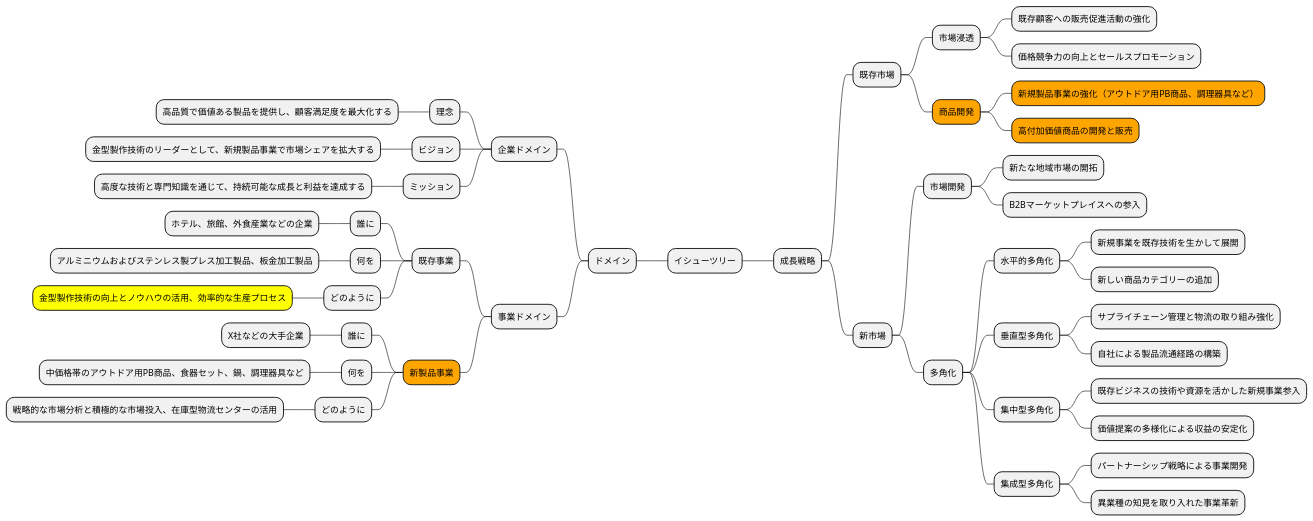
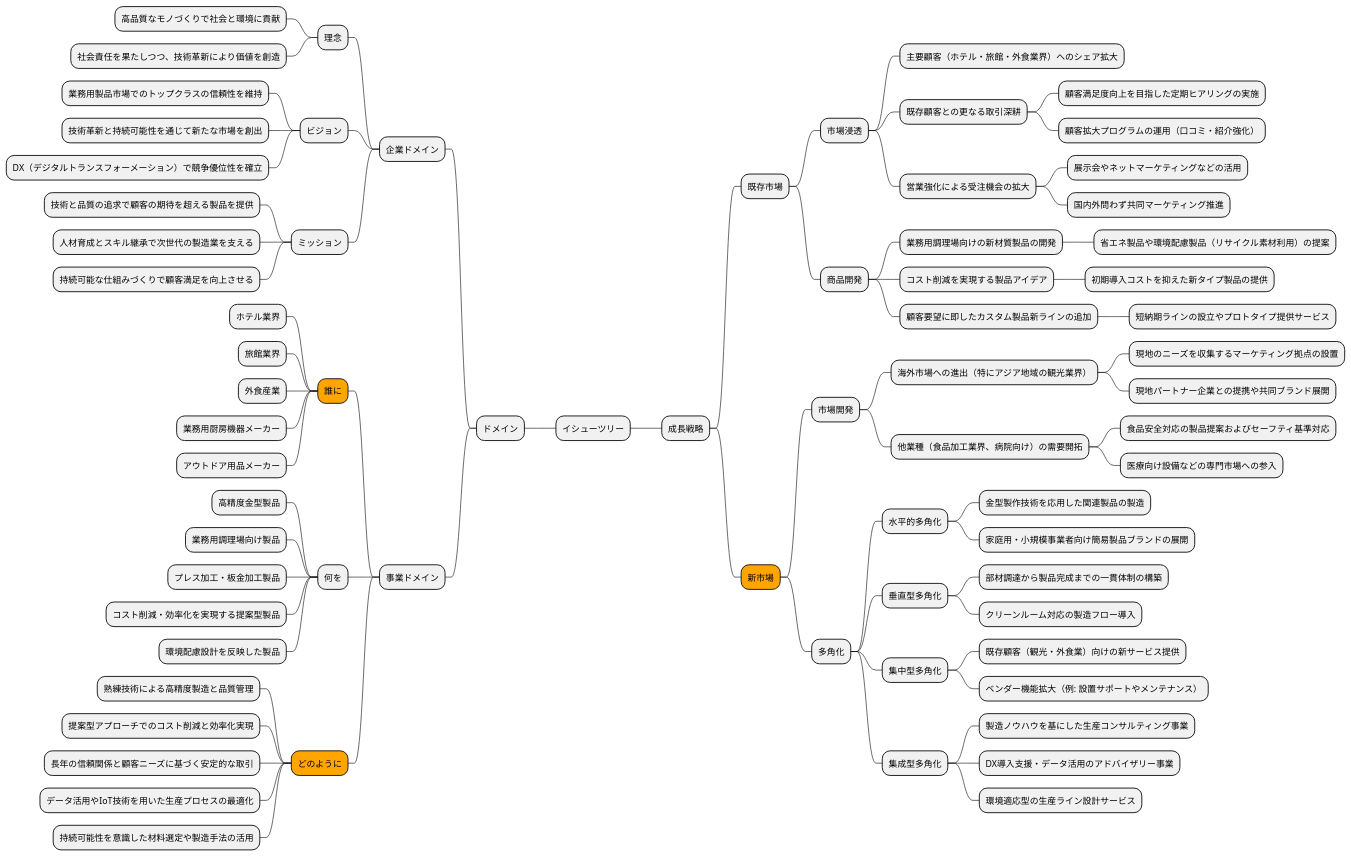
One commit to k2works/case-study-business-analysis changed the seventh of 19 diagrams in docs/case/r04_case_3.adoc. Above: the diagram before and after it, drawn with PlantUML. The commit also changed other lines of this file, not shown here.

```diff
--- a/docs/case/r04_case_3.adoc
+++ b/docs/case/r04_case_3.adoc
@@ -280,58 +329,81 @@
 [plantuml]
 ----
 @startmindmap
 
 * イシューツリー
 left side
 ** ドメイン
 *** 企業ドメイン
 **** 理念
-***** 高品質で価値ある製品を提供し、顧客満足度を最大化する
+***** 高品質なモノづくりで社会と環境に貢献
+***** 社会責任を果たしつつ、技術革新により価値を創造
 **** ビジョン
-***** 金型製作技術のリーダーとして、新規製品事業で市場シェアを拡大する
+***** 業務用製品市場でのトップクラスの信頼性を維持
+***** 技術革新と持続可能性を通じて新たな市場を創出
+***** DX（デジタルトランスフォーメーション）で競争優位性を確立
 **** ミッション
-***** 高度な技術と専門知識を通じて、持続可能な成長と利益を達成する
+***** 技術と品質の追求で顧客の期待を超える製品を提供
+***** 人材育成とスキル継承で次世代の製造業を支える
+***** 持続可能な仕組みづくりで顧客満足を向上させる
 *** 事業ドメイン
-**** 既存事業
-***** 誰に
-****** ホテル、旅館、外食産業などの企業
-***** 何を
-****** アルミニウムおよびステンレス製プレス加工製品、板金加工製品
-***** どのように
-******[#yellow]  金型製作技術の向上とノウハウの活用、効率的な生産プロセス
-****[#orange] 新製品事業
-***** 誰に
-****** X社などの大手企業
-***** 何を
-****** 中価格帯のアウトドア用PB商品、食器セット、鍋、調理器具など
-***** どのように
-****** 戦略的な市場分析と積極的な市場投入、在庫型物流センターの活用
+****[#orange] 誰に
+***** ホテル業界
+***** 旅館業界
+***** 外食産業
+***** 業務用厨房機器メーカー
+***** アウトドア用品メーカー
+**** 何を
+***** 高精度金型製品
+***** 業務用調理場向け製品
+***** プレス加工・板金加工製品
+***** コスト削減・効率化を実現する提案型製品
+***** 環境配慮設計を反映した製品
+****[#orange] どのように
+***** 熟練技術による高精度製造と品質管理
+***** 提案型アプローチでのコスト削減と効率化実現
+***** 長年の信頼関係と顧客ニーズに基づく安定的な取引
+***** データ活用やIoT技術を用いた生産プロセスの最適化
+***** 持続可能性を意識した材料選定や製造手法の活用
 right side
 ** 成長戦略
 *** 既存市場
 **** 市場浸透
-***** 既存顧客への販売促進活動の強化
-***** 価格競争力の向上とセールスプロモーション
-****[#orange] 商品開発
-*****[#orange] 新規製品事業の強化（アウトドア用PB商品、調理器具など）
-*****[#orange] 高付加価値商品の開発と販売
-*** 新市場
+***** 主要顧客（ホテル・旅館・外食業界）へのシェア拡大
+***** 既存顧客との更なる取引深耕
+****** 顧客満足度向上を目指した定期ヒアリングの実施
+****** 顧客拡大プログラムの運用（口コミ・紹介強化）
+***** 営業強化による受注機会の拡大
+****** 展示会やネットマーケティングなどの活用
+****** 国内外問わず共同マーケティング推進
+**** 商品開発
+***** 業務用調理場向けの新材質製品の開発
+****** 省エネ製品や環境配慮製品（リサイクル素材利用）の提案
+***** コスト削減を実現する製品アイデア
+****** 初期導入コストを抑えた新タイプ製品の提供
+***** 顧客要望に即したカスタム製品新ラインの追加
+****** 短納期ラインの設立やプロトタイプ提供サービス
+***[#orange] 新市場
 **** 市場開発
-***** 新たな地域市場の開拓
-***** B2Bマーケットプレイスへの参入
+***** 海外市場への進出（特にアジア地域の観光業界）
+****** 現地のニーズを収集するマーケティング拠点の設置
+****** 現地パートナー企業との提携や共同ブランド展開
+***** 他業種（食品加工業界、病院向け）の需要開拓
+****** 食品安全対応の製品提案およびセーフティ基準対応
+****** 医療向け設備などの専門市場への参入
 **** 多角化
 ***** 水平的多角化
-****** 新規事業を既存技術を生かして展開
-****** 新しい商品カテゴリーの追加
+****** 金型製作技術を応用した関連製品の製造
+****** 家庭用・小規模事業者向け簡易製品ブランドの展開
 ***** 垂直型多角化
-****** サプライチェーン管理と物流の取り組み強化
-****** 自社による製品流通経路の構築
+****** 部材調達から製品完成までの一貫体制の構築
+****** クリーンルーム対応の製造フロー導入
 ***** 集中型多角化
-****** 既存ビジネスの技術や資源を活かした新規事業参入
-****** 価値提案の多様化による収益の安定化
+****** 既存顧客（観光・外食業）向けの新サービス提供
+****** ベンダー機能拡大（例: 設置サポートやメンテナンス）
 ***** 集成型多角化
-****** パートナーシップ戦略による事業開発
-****** 異業種の知見を取り入れた事業革新
+****** 製造ノウハウを基にした生産コンサルティング事業
+****** DX導入支援・データ活用のアドバイザリー事業
+****** 環境適応型の生産ライン設計サービス
 
 @endmindmap
 ----
```
